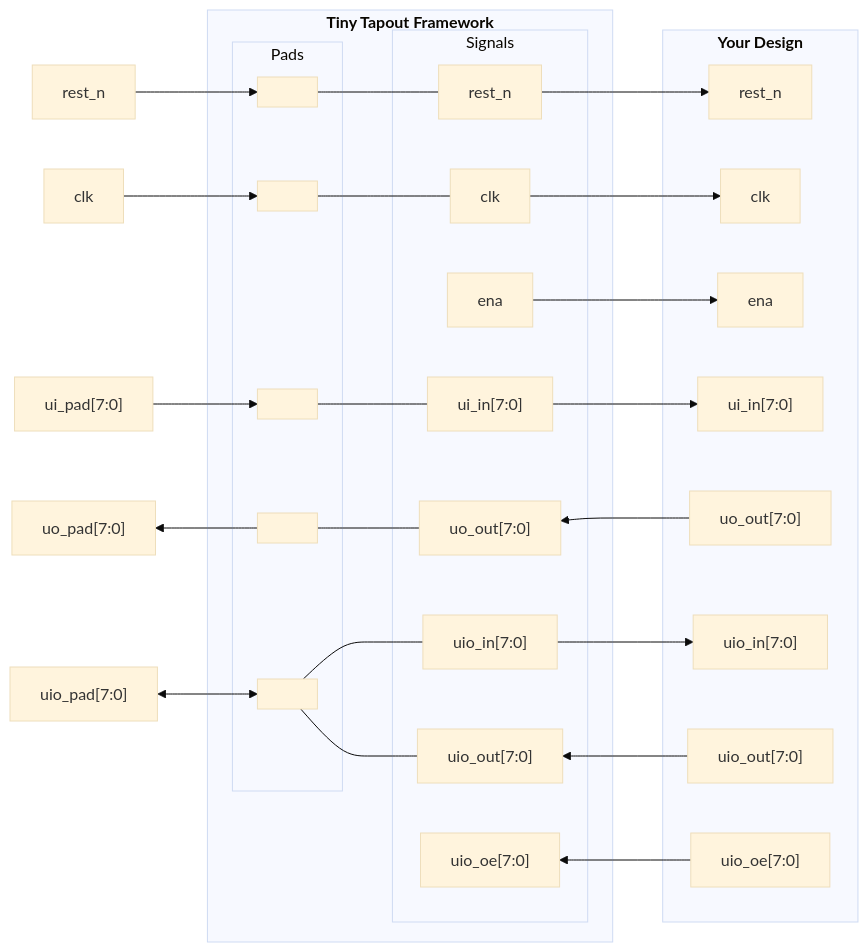
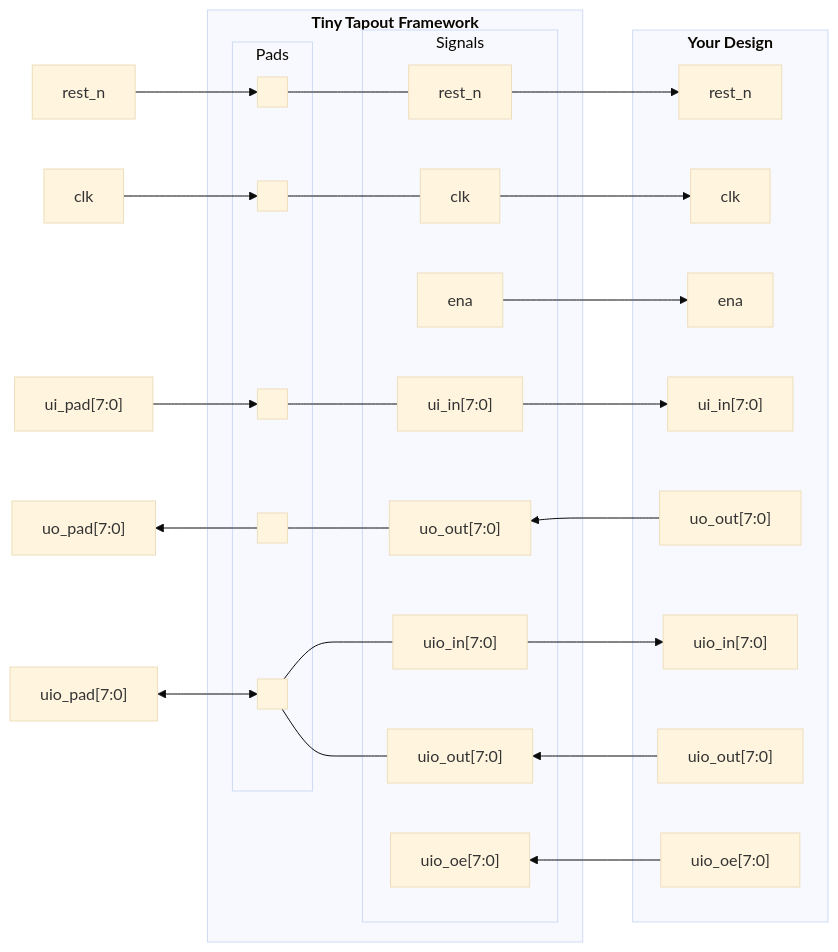
One commit to openic-org/docs changed the diagram in docs/tutorials/tiny-tapeout.md. Above: the diagram before and after it, drawn with Mermaid (base theme). The commit also changed other lines of this file, not shown here.

````diff
--- a/docs/tutorials/tiny-tapeout.md
+++ b/docs/tutorials/tiny-tapeout.md
@@ -64,69 +64,74 @@
 ```mermaid
 flowchart LR
 
   s0_p0["rest_n"]
   s0_p1["clk"]
   s0_p3["ui_pad[7:0]"]
   s0_p4["uo_pad[7:0]"]
   s0_p5["uio_pad[7:0]"]
 
   subgraph s1["`**Tiny Tapout Framework**`"]
     subgraph s10["Pads"]
       s1_p0[" "]
       s1_p1[" "]
       s1_p3[" "]
       s1_p4[" "]
       s1_p5[" "]
+      style s1_p0 width:30,x:-15
+      style s1_p1 width:30,x:-15
+      style s1_p3 width:30,x:-15
+      style s1_p4 width:30,x:-15
+      style s1_p5 width:30,x:-15
     end
     subgraph s11["Signals"]
       s1_p10["rest_n"]
       s1_p11["clk"]
       s1_p12["ena"]
       s1_p13["ui_in[7:0]"]
       s1_p14["uo_out[7:0]"]
       s1_p15["uio_in[7:0]"]
       s1_p16["uio_out[7:0]"]
       s1_p17["uio_oe[7:0]"]
     end
 
     s1_p0 --- s1_p10
     s1_p1 --- s1_p11
     s1_p3 --- s1_p13
     s1_p4 --- s1_p14
     s1_p5 --- s1_p15
     s1_p5 --- s1_p16
   end
 
   subgraph s2["`**Your Design**`"]
     s2_p0["rest_n"]
     s2_p1["clk"]
     s2_p2["ena"]
     s2_p3["ui_in[7:0]"]
     s2_p4["uo_out[7:0]"]
     s2_p5["uio_in[7:0]"]
     s2_p6["uio_out[7:0]"]
     s2_p7["uio_oe[7:0]"]
   end
 
   s0_p0 --> s1_p0
   s0_p1 --> s1_p1
   s0_p3 --> s1_p3
   s0_p4 ~~~ s1_p4 --> s0_p4
   s1_p4 ~~~ s0_p4
 
   s0_p5 <--> s1_p5  
   s1_p10 --> s2_p0
   s1_p11 --> s2_p1
   s1_p12 --> s2_p2
   s1_p13 --> s2_p3
 
   s1_p14 ~~~ s2_p4 --> s1_p14
   s2_p4 ~~~ s1_p14
   
   s1_p15 --> s2_p5
   s1_p16 ~~~ s2_p6 --> s1_p16
   s2_p6 ~~~ s1_p16
   s1_p17 ~~~ s2_p7 --> s1_p17
   s2_p7 ~~~ s1_p17
 
 ```
````
